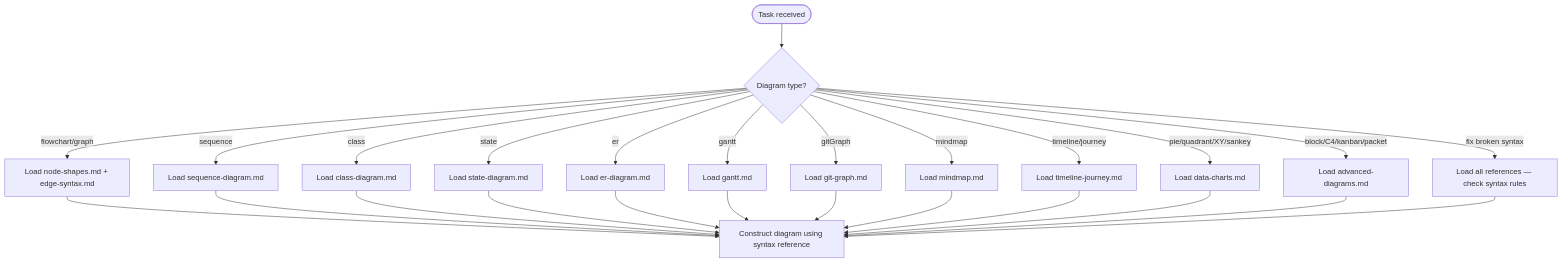
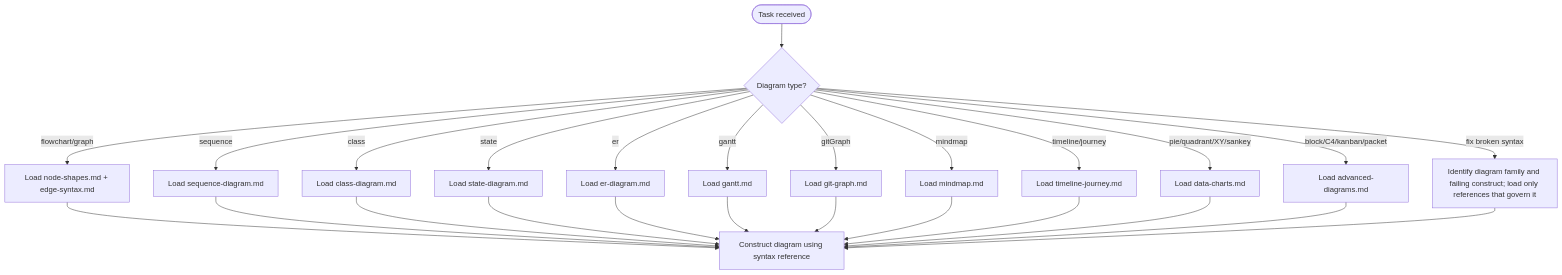
One commit to Jamie-BitFlight/claude_skills changed the diagram in plugins/process-siren/skills/mermaids-treasure/SKILL.md. Above: the diagram before and after it, drawn with Mermaid.

Commit message:
fix(process-siren): keep Mermaid debugging progressively disclosed

````diff
--- a/plugins/process-siren/skills/mermaids-treasure/SKILL.md
+++ b/plugins/process-siren/skills/mermaids-treasure/SKILL.md
@@ -15,28 +15,28 @@
 ```mermaid
 flowchart TD
     Start([Task received]) --> Q1{Diagram type?}
     Q1 -->|flowchart/graph| FC[Load node-shapes.md + edge-syntax.md]
     Q1 -->|sequence| SEQ[Load sequence-diagram.md]
     Q1 -->|class| CLS[Load class-diagram.md]
     Q1 -->|state| ST[Load state-diagram.md]
     Q1 -->|er| ER[Load er-diagram.md]
     Q1 -->|gantt| GNT[Load gantt.md]
     Q1 -->|gitGraph| GIT[Load git-graph.md]
     Q1 -->|mindmap| MM[Load mindmap.md]
     Q1 -->|timeline/journey| TL[Load timeline-journey.md]
     Q1 -->|pie/quadrant/XY/sankey| DC[Load data-charts.md]
     Q1 -->|block/C4/kanban/packet| ADV[Load advanced-diagrams.md]
-    Q1 -->|fix broken syntax| Debug[Load all references — check syntax rules]
+    Q1 -->|fix broken syntax| Debug["Identify diagram family and failing construct; load only references that govern it"]
     FC --> Construct[Construct diagram using syntax reference]
     SEQ --> Construct
     CLS --> Construct
     ST --> Construct
     ER --> Construct
     GNT --> Construct
     GIT --> Construct
     MM --> Construct
     TL --> Construct
     DC --> Construct
     ADV --> Construct
     Debug --> Construct
 ```
````
